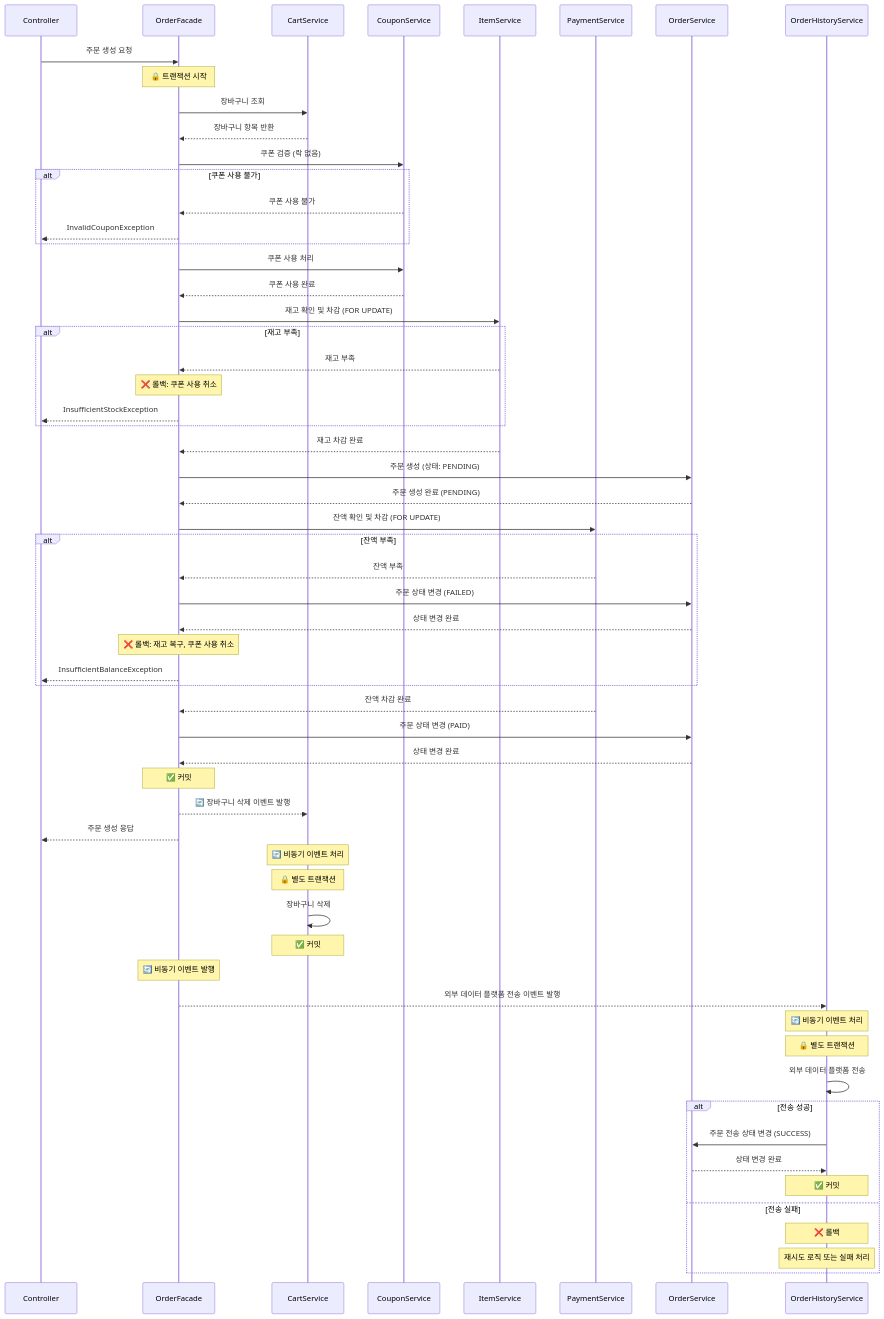
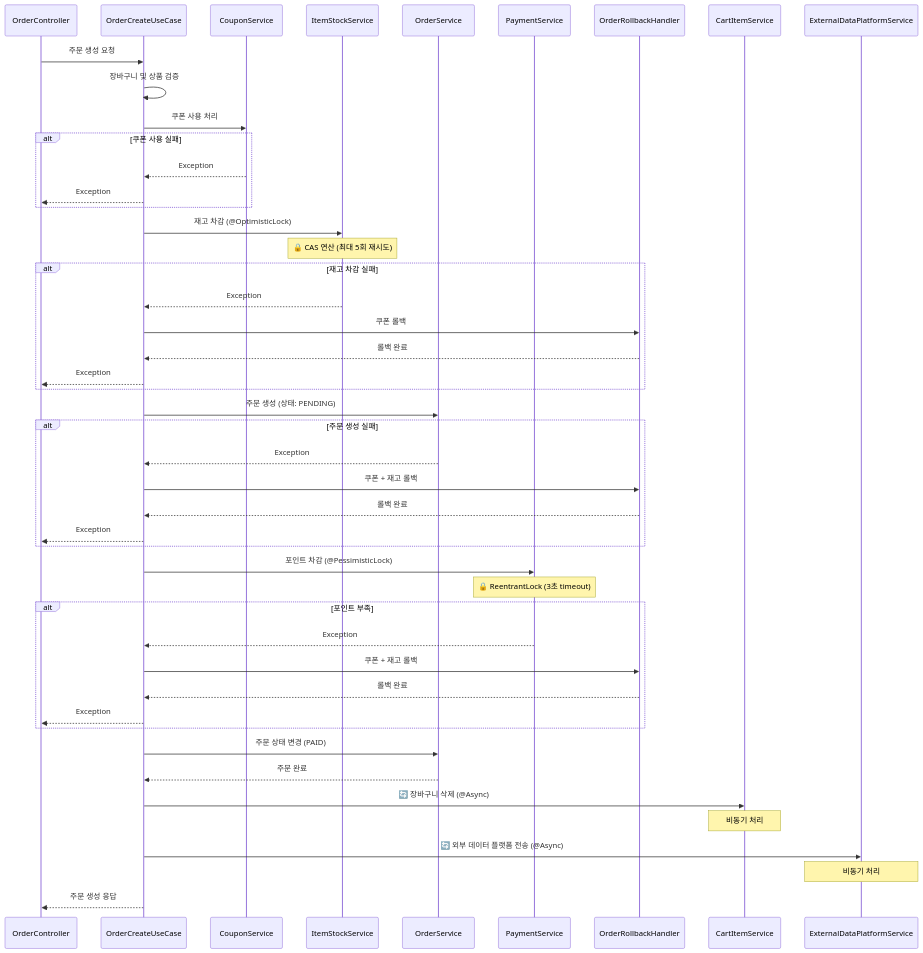
Before and after one commit to hwangdaesun/e-commerce: the ninth of 9 diagrams in README.md, drawn with Mermaid. The commit also changed other lines of this file, not shown here.

Commit message:
docs : 주문하기 시퀀스 다이어그램 수정

````diff
--- a/README.md
+++ b/README.md
@@ -229,78 +202,58 @@
 ```mermaid
- sequenceDiagram
-        participant Controller
-        participant OrderFacade
-        participant CartService
+sequenceDiagram
+        participant Controller as OrderController
+        participant UseCase as OrderCreateUseCase
         participant CouponService
-        participant ItemService
+        participant ItemStockService
+        participant OrderService
         participant PaymentService
-        participant OrderService
-        participant OrderHistoryService
+        participant RollbackHandler as OrderRollbackHandler
+        participant CartItemService
+        participant ExternalDataPlatform as ExternalDataPlatformService
 
-        Controller->>OrderFacade: 주문 생성 요청
+        Controller->>UseCase: 주문 생성 요청
+        UseCase->>UseCase: 장바구니 및 상품 검증
 
-        Note over OrderFacade: 🔒 트랜잭션 시작
-
-        OrderFacade->>CartService: 장바구니 조회
-        CartService-->>OrderFacade: 장바구니 항목 반환
-
-        OrderFacade->>CouponService: 쿠폰 검증 (락 없음)
-        alt 쿠폰 사용 불가
-            CouponService-->>OrderFacade: 쿠폰 사용 불가
-            OrderFacade-->>Controller: InvalidCouponException
+        UseCase->>CouponService: 쿠폰 사용 처리
+        alt 쿠폰 사용 실패
+            CouponService-->>UseCase: Exception
+            UseCase-->>Controller: Exception
         end
 
-        OrderFacade->>CouponService: 쿠폰 사용 처리
-        CouponService-->>OrderFacade: 쿠폰 사용 완료
-
-        OrderFacade->>ItemService: 재고 확인 및 차감 (FOR UPDATE)
-        alt 재고 부족
-            ItemService-->>OrderFacade: 재고 부족
-            Note over OrderFacade: ❌ 롤백: 쿠폰 사용 취소
-            OrderFacade-->>Controller: InsufficientStockException
-        end
-        ItemService-->>OrderFacade: 재고 차감 완료
-
-        OrderFacade->>OrderService: 주문 생성 (상태: PENDING)
-        OrderService-->>OrderFacade: 주문 생성 완료 (PENDING)
-
-        OrderFacade->>PaymentService: 잔액 확인 및 차감 (FOR UPDATE)
-        alt 잔액 부족
-            PaymentService-->>OrderFacade: 잔액 부족
-            OrderFacade->>OrderService: 주문 상태 변경 (FAILED)
-            OrderService-->>OrderFacade: 상태 변경 완료
-            Note over OrderFacade: ❌ 롤백: 재고 복구, 쿠폰 사용 취소
-            OrderFacade-->>Controller: InsufficientBalanceException
-        end
-        PaymentService-->>OrderFacade: 잔액 차감 완료
-
-        OrderFacade->>OrderService: 주문 상태 변경 (PAID)
-        OrderService-->>OrderFacade: 상태 변경 완료
-
-        Note over OrderFacade: ✅ 커밋
-
-        OrderFacade-->>CartService: 🔄 장바구니 삭제 이벤트 발행
-
-        OrderFacade-->>Controller: 주문 생성 응답
-
-        Note over CartService: 🔄 비동기 이벤트 처리
-        Note over CartService: 🔒 별도 트랜잭션
-        CartService->>CartService: 장바구니 삭제
-        Note over CartService: ✅ 커밋
-
-        Note over OrderFacade: 🔄 비동기 이벤트 발행
-        OrderFacade-->>OrderHistoryService: 외부 데이터 플랫폼 전송 이벤트 발행
-
-        Note over OrderHistoryService: 🔄 비동기 이벤트 처리
-        Note over OrderHistoryService: 🔒 별도 트랜잭션
-        OrderHistoryService->>OrderHistoryService: 외부 데이터 플랫폼 전송
-        alt 전송 성공
-            OrderHistoryService->>OrderService: 주문 전송 상태 변경 (SUCCESS)
-            OrderService-->>OrderHistoryService: 상태 변경 완료
-            Note over OrderHistoryService: ✅ 커밋
-        else 전송 실패
-            Note over OrderHistoryService: ❌ 롤백
-            Note over OrderHistoryService: 재시도 로직 또는 실패 처리
+        UseCase->>ItemStockService: 재고 차감 (@OptimisticLock)
+        Note over ItemStockService: 🔒 CAS 연산 (최대 5회 재시도)
+        alt 재고 차감 실패
+            ItemStockService-->>UseCase: Exception
+            UseCase->>RollbackHandler: 쿠폰 롤백
+            RollbackHandler-->>UseCase: 롤백 완료
+            UseCase-->>Controller: Exception
         end
 
+        UseCase->>OrderService: 주문 생성 (상태: PENDING)
+        alt 주문 생성 실패
+            OrderService-->>UseCase: Exception
+            UseCase->>RollbackHandler: 쿠폰 + 재고 롤백
+            RollbackHandler-->>UseCase: 롤백 완료
+            UseCase-->>Controller: Exception
+        end
+
+        UseCase->>PaymentService: 포인트 차감 (@PessimisticLock)
+        Note over PaymentService: 🔒 ReentrantLock (3초 timeout)
+        alt 포인트 부족
+            PaymentService-->>UseCase: Exception
+            UseCase->>RollbackHandler: 쿠폰 + 재고 롤백
+            RollbackHandler-->>UseCase: 롤백 완료
+            UseCase-->>Controller: Exception
+        end
+
+        UseCase->>OrderService: 주문 상태 변경 (PAID)
+        OrderService-->>UseCase: 주문 완료
+
+        UseCase->>CartItemService: 🔄 장바구니 삭제 (@Async)
+        Note over CartItemService: 비동기 처리
+
+        UseCase->>ExternalDataPlatform: 🔄 외부 데이터 플랫폼 전송 (@Async)
+        Note over ExternalDataPlatform: 비동기 처리
+
+        UseCase-->>Controller: 주문 생성 응답
 ```
````
